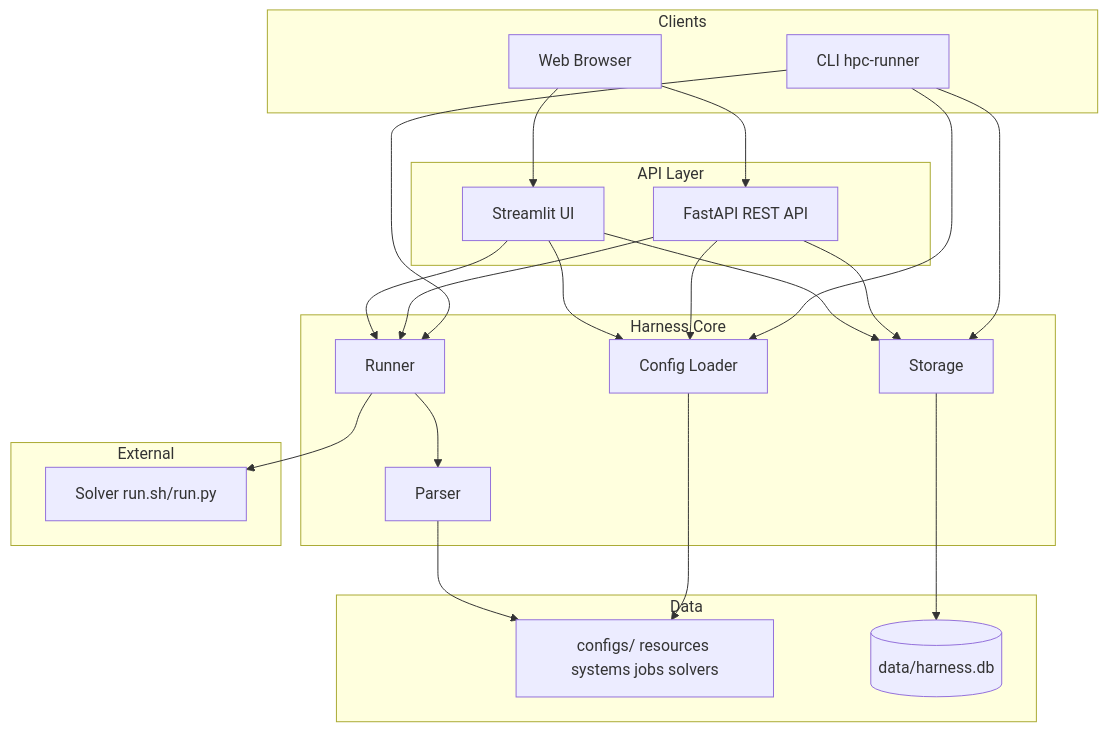
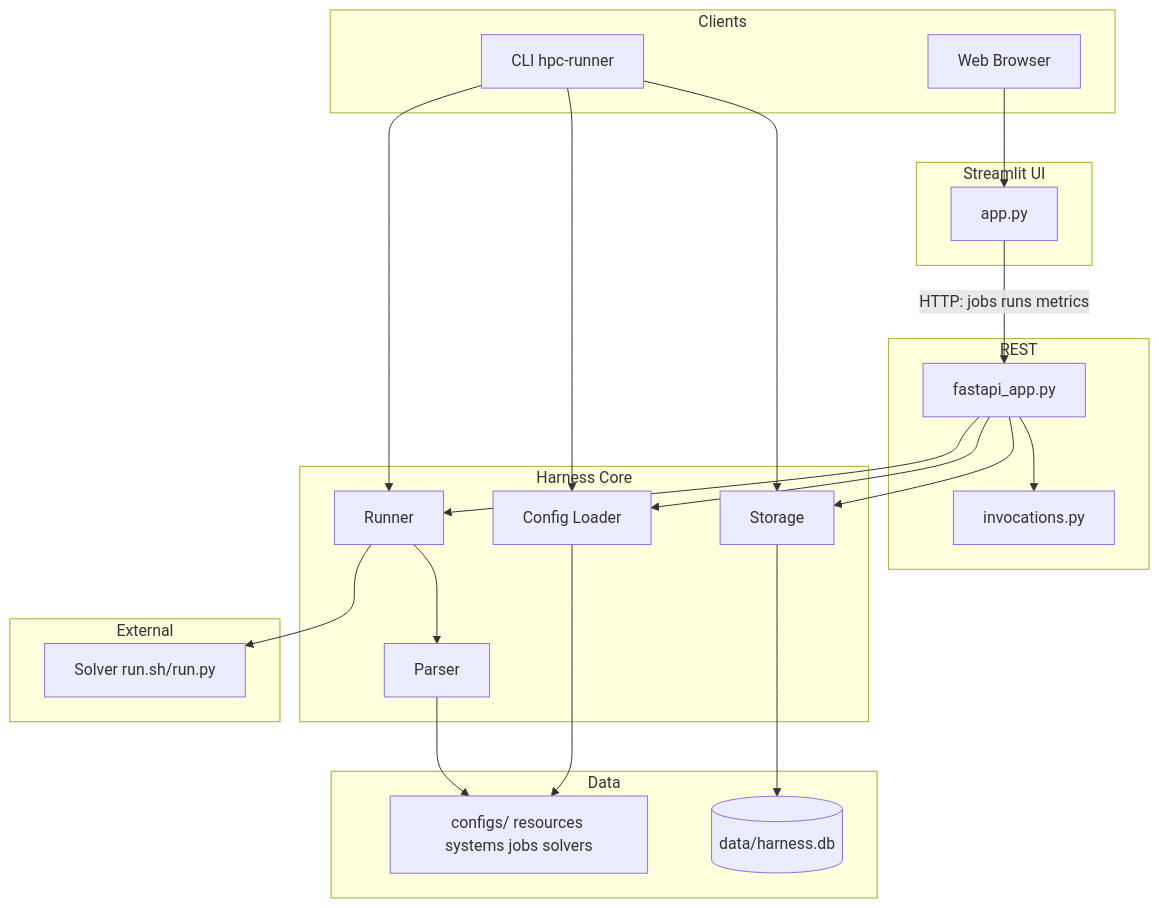
Before and after one commit to fractalclockwork/hpc-runner: the first of 3 diagrams in docs/architecture.md, drawn with Mermaid. The commit also changed other lines of this file and 24 other files, not shown here.

````diff
--- a/docs/architecture.md
+++ b/docs/architecture.md
@@ -11,40 +13,41 @@
 ```mermaid
 flowchart TB
     subgraph clients [Clients]
         CLI[CLI hpc-runner]
         Browser[Web Browser]
     end
-    subgraph api [API Layer]
-        FastAPI[FastAPI REST API]
-        Streamlit[Streamlit UI]
+    subgraph ui [Streamlit UI]
+        Streamlit[app.py]
+    end
+    subgraph api [REST]
+        FastAPI[fastapi_app.py]
+        Invocations[invocations.py]
     end
     subgraph core [Harness Core]
         Config[Config Loader]
         Runner[Runner]
         Parser[Parser]
         Storage[Storage]
     end
     subgraph data [Data]
         YAML[configs/ resources systems jobs solvers]
         DB[(data/harness.db)]
     end
     subgraph external [External]
         SolverScript[Solver run.sh/run.py]
     end
     CLI --> Config
     CLI --> Runner
     CLI --> Storage
-    Browser --> FastAPI
     Browser --> Streamlit
+    Streamlit -->|"HTTP: jobs runs metrics"| FastAPI
+    FastAPI --> Invocations
     FastAPI --> Config
     FastAPI --> Runner
     FastAPI --> Storage
-    Streamlit --> Config
-    Streamlit --> Runner
-    Streamlit --> Storage
     Config --> YAML
     Runner --> Parser
     Runner --> SolverScript
     Parser --> YAML
     Storage --> DB
 ```
````
